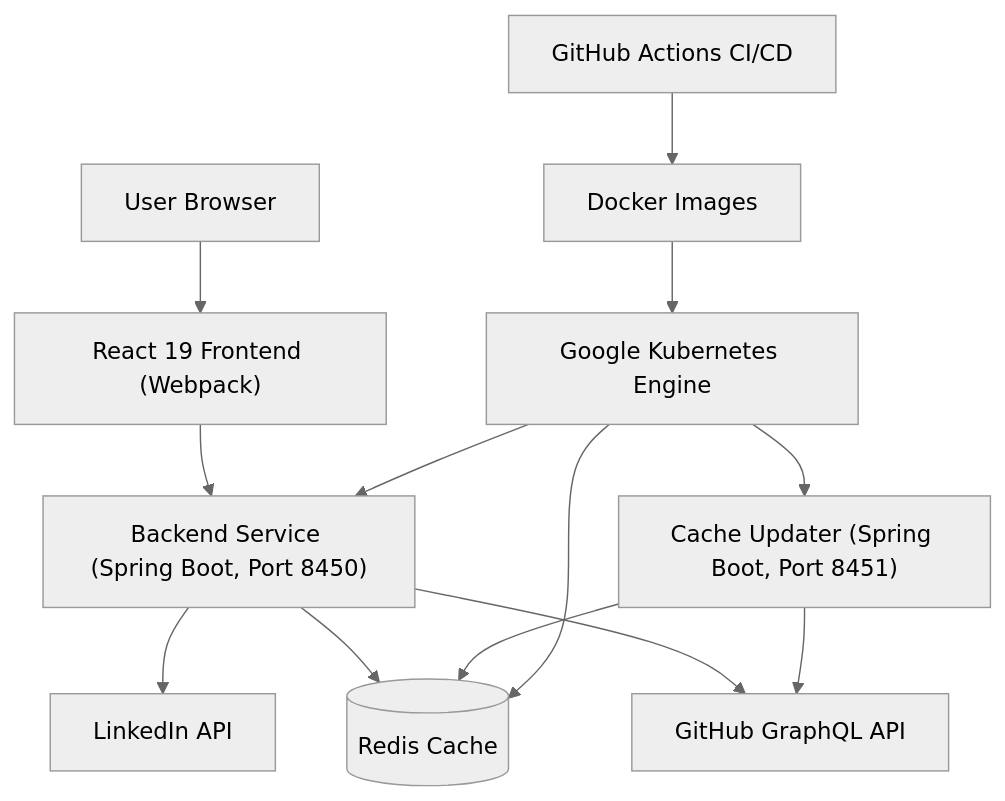
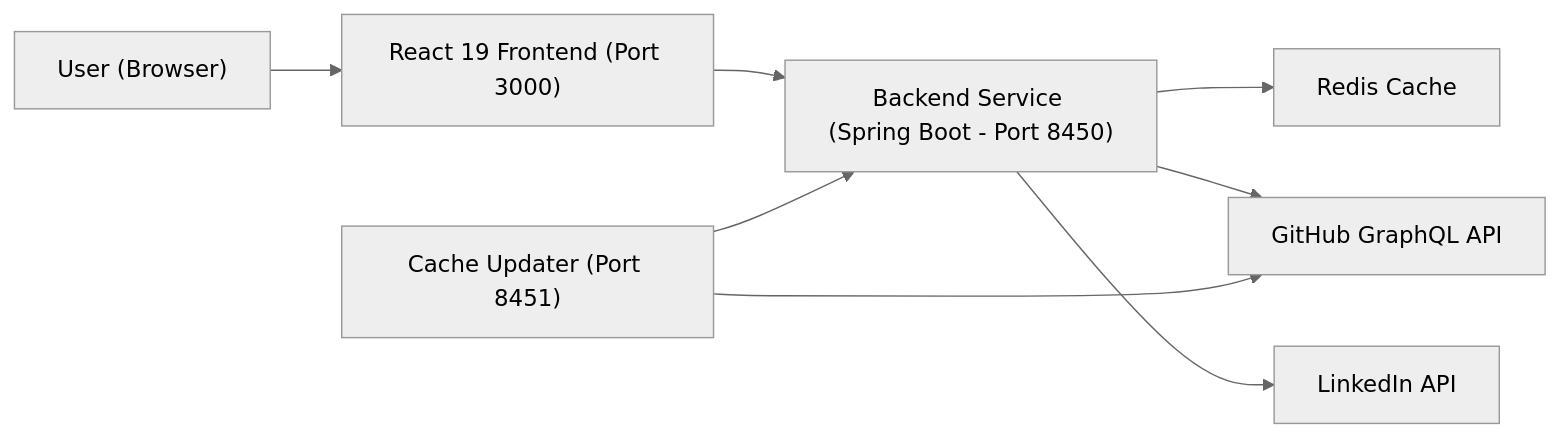
One commit to flamingo-stack/major-league-github changed the first of 8 diagrams in docs/development/architecture/README.md. Above: the diagram before and after it, drawn with Mermaid (neutral theme). The commit also changed other lines of this file and 8 other files, not shown here.

````diff
--- a/docs/development/architecture/README.md
+++ b/docs/development/architecture/README.md
@@ -11,15 +11,10 @@
 ```mermaid
-flowchart TD
-    Browser["User Browser"] --> Frontend["React 19 Frontend (Webpack)"]
-    Frontend --> BackendService["Backend Service (Spring Boot, Port 8450)"]
-    BackendService --> Redis[("Redis Cache")]
-    BackendService --> GitHub["GitHub GraphQL API"]
-    BackendService --> LinkedIn["LinkedIn API"]
-    CacheUpdater["Cache Updater (Spring Boot, Port 8451)"] --> Redis
+flowchart LR
+    User["User (Browser)"] --> Frontend["React 19 Frontend (Port 3000)"]
+    Frontend --> Backend["Backend Service (Spring Boot - Port 8450)"]
+    Backend --> Redis["Redis Cache"]
+    Backend --> GitHub["GitHub GraphQL API"]
+    Backend --> LinkedIn["LinkedIn API"]
+    CacheUpdater["Cache Updater (Port 8451)"] --> Backend
     CacheUpdater --> GitHub
-    GitHubActions["GitHub Actions CI/CD"] --> Docker["Docker Images"]
-    Docker --> GKE["Google Kubernetes Engine"]
-    GKE --> BackendService
-    GKE --> CacheUpdater
-    GKE --> Redis
 ```
````
